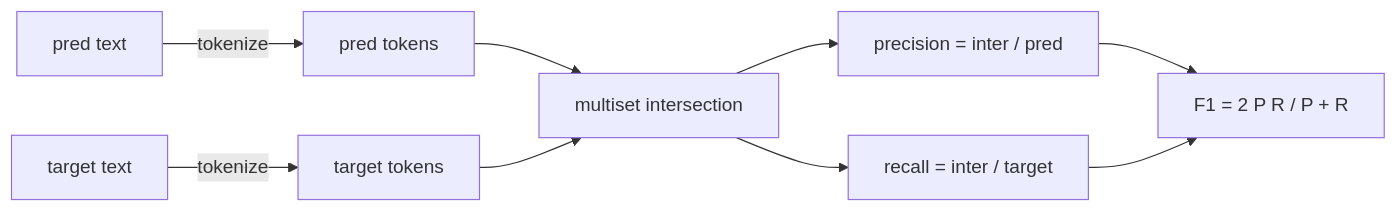
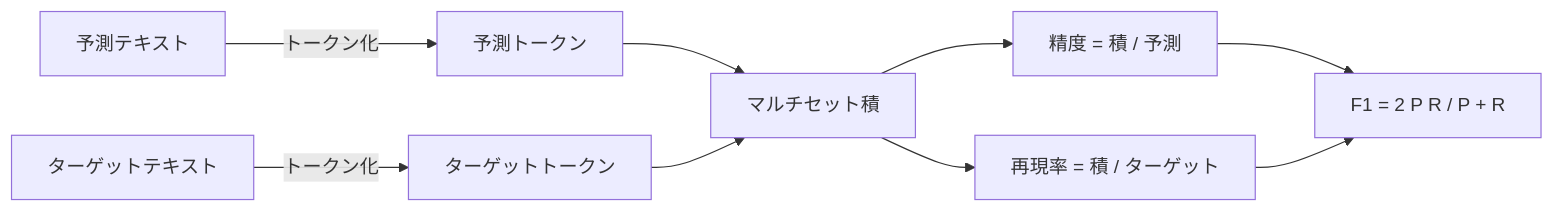
One commit to shoshoshomen/synapse-academy changed the first of 2 diagrams in content/phases/19-capstone-projects/71-classical-metrics/lesson.ja.md. Above: the diagram before and after it, drawn with Mermaid. The commit also changed other lines of this file and 124 other files, not shown here.

First line of the commit message:
feat(i18n): mermaid図のラベルを日本語化(194レッスン/374図)

````diff
--- a/content/phases/19-capstone-projects/71-classical-metrics/lesson.ja.md
+++ b/content/phases/19-capstone-projects/71-classical-metrics/lesson.ja.md
@@ -45,11 +45,11 @@
 ```mermaid
 flowchart LR
-    A[pred text] -->|tokenize| P[pred tokens]
-    B[target text] -->|tokenize| T[target tokens]
-    P --> X[multiset intersection]
+    A["予測テキスト"] -->|"トークン化"| P["予測トークン"]
+    B["ターゲットテキスト"] -->|"トークン化"| T["ターゲットトークン"]
+    P --> X["マルチセット積"]
     T --> X
-    X --> PR[precision = inter / pred]
-    X --> RE[recall = inter / target]
-    PR --> F[F1 = 2 P R / P + R]
+    X --> PR["精度 = 積 / 予測"]
+    X --> RE["再現率 = 積 / ターゲット"]
+    PR --> F["F1 = 2 P R / P + R"]
     RE --> F
 ```
````
